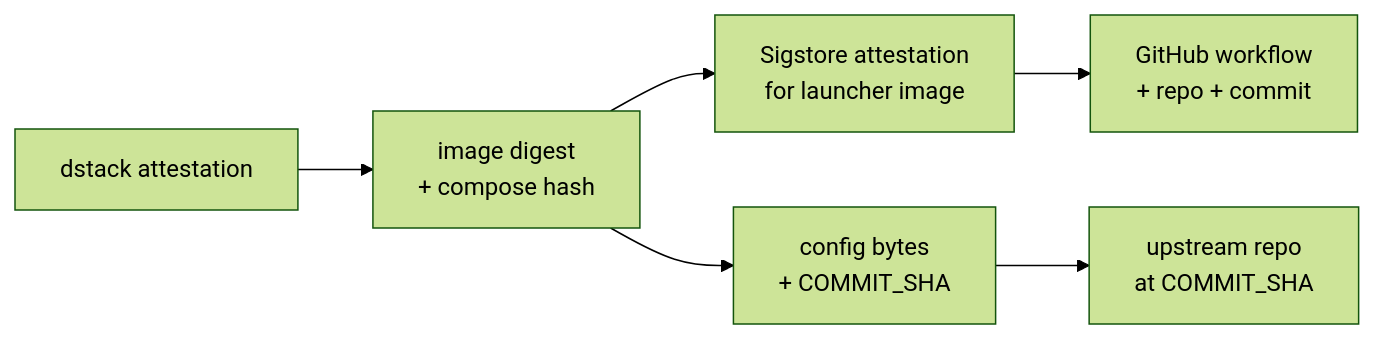
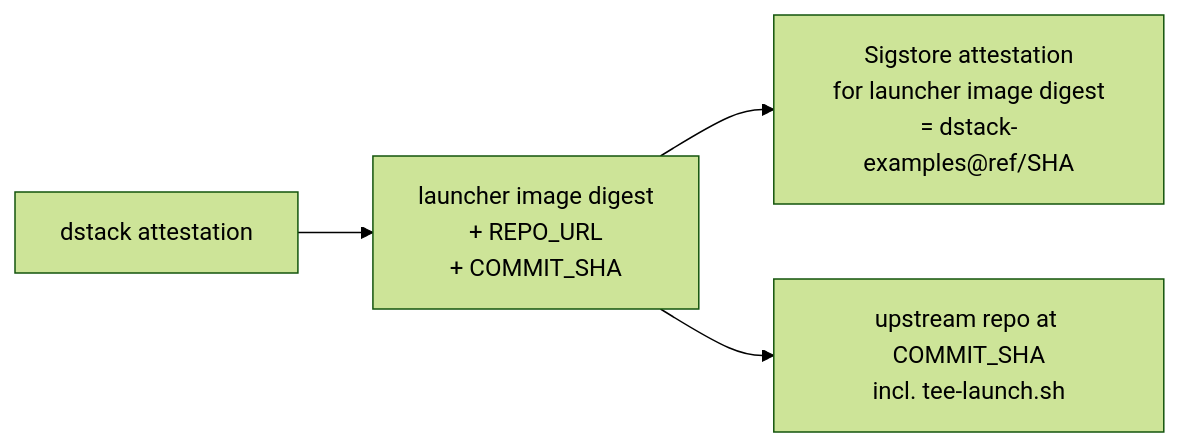
Before and after one commit to Dstack-TEE/dstack-examples: the first of 3 diagrams in trusted-workload-launcher/VERIFY.md, drawn with Mermaid (forest theme). The commit also changed other lines of this file and 5 other files, not shown here.

````diff
--- a/trusted-workload-launcher/VERIFY.md
+++ b/trusted-workload-launcher/VERIFY.md
@@ -12,8 +14,6 @@
 ```mermaid
 flowchart LR
-    A[dstack attestation] --> B[image digest<br/>+ compose hash]
-    B --> C[Sigstore attestation<br/>for launcher image]
-    C --> D[GitHub workflow<br/>+ repo + commit]
-    B --> E[config bytes<br/>+ COMMIT_SHA]
-    E --> F[upstream repo<br/>at COMMIT_SHA]
+    A[dstack attestation] --> B[launcher image digest<br/>+ REPO_URL<br/>+ COMMIT_SHA]
+    B --> C[Sigstore attestation<br/>for launcher image digest<br/>= dstack-examples@ref/SHA]
+    B --> D[upstream repo at COMMIT_SHA<br/>incl. tee-launch.sh]
 ```
````
